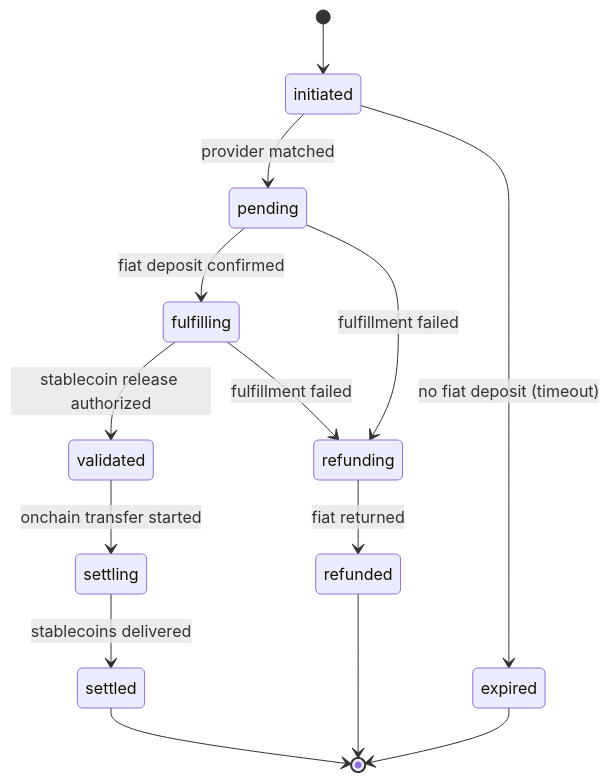
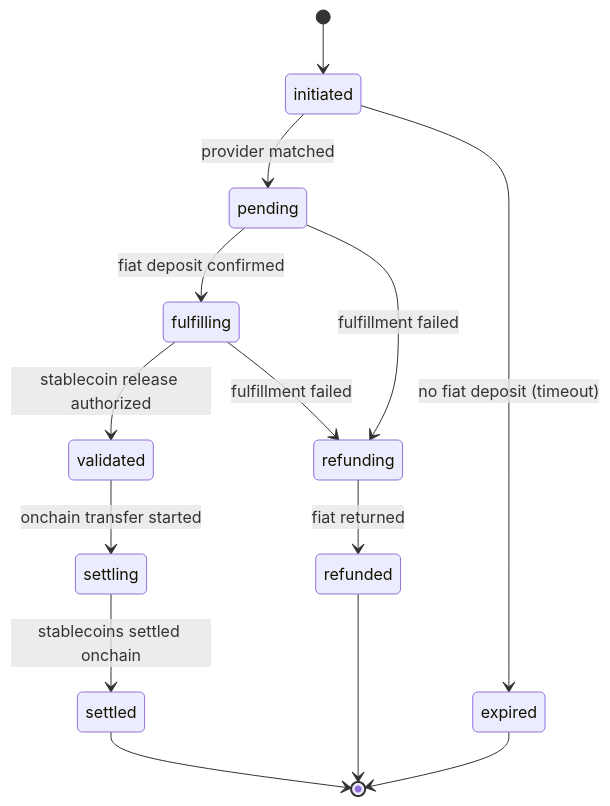
One commit to paycrest/docs changed the second of 2 diagrams in concepts/transaction-lifecycle.mdx. Above: the diagram before and after it, drawn with Mermaid. The commit also changed other lines of this file and 10 other files, not shown here.

````diff
--- a/concepts/transaction-lifecycle.mdx
+++ b/concepts/transaction-lifecycle.mdx
@@ -63,16 +63,16 @@
 ```mermaid
 stateDiagram-v2
     [*] --> initiated
     initiated --> pending: provider matched
     initiated --> expired: no fiat deposit (timeout)
     pending --> fulfilling: fiat deposit confirmed
     fulfilling --> validated: stablecoin release authorized
     validated --> settling: onchain transfer started
-    settling --> settled: stablecoins delivered
+    settling --> settled: stablecoins settled onchain
     pending --> refunding: fulfillment failed
     fulfilling --> refunding: fulfillment failed
     refunding --> refunded: fiat returned
     expired --> [*]
     settled --> [*]
     refunded --> [*]
 ```
````
